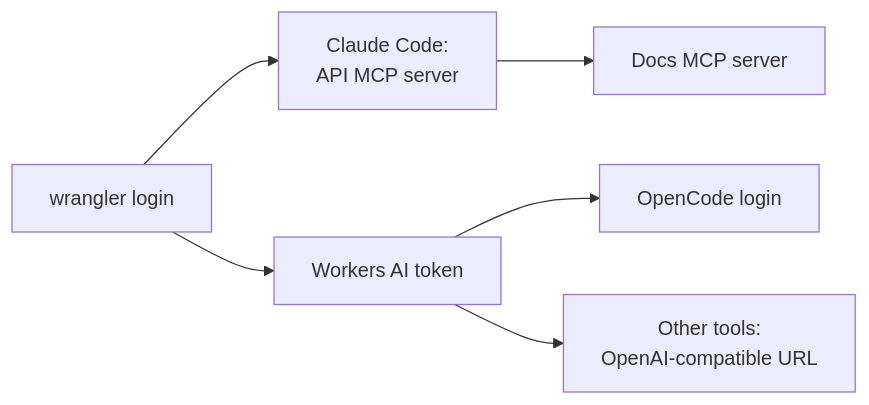
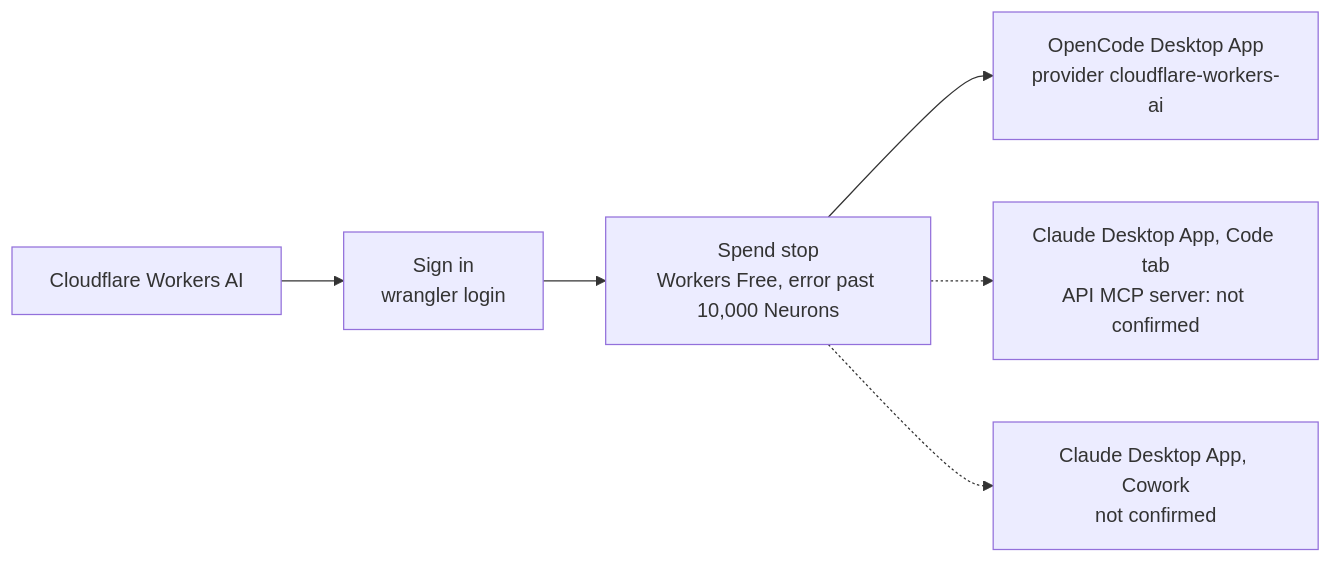
Before and after one commit to SoulCraft-Org/compute-crafter: the diagram in guides/cloudflare-workers-ai.md, drawn with Mermaid. The commit also changed other lines of this file and 13 other files, not shown here.

First line of the commit message:
Guides visual batch 2: Groq, NVIDIA, Together, Cloudflare Workers AI, Modal (#194)

````diff
--- a/guides/cloudflare-workers-ai.md
+++ b/guides/cloudflare-workers-ai.md
@@ -9,6 +5,7 @@
 ```mermaid
 flowchart LR
-  W[wrangler login] --> M[Claude Code:<br/>API MCP server] --> D[Docs MCP server]
-  W --> T[Workers AI token] --> O[OpenCode login]
-  T --> X[Other tools:<br/>OpenAI-compatible URL]
+  P[Cloudflare Workers AI] --> S[Sign in<br/>wrangler login] --> G[Spend stop<br/>Workers Free, error past 10,000 Neurons]
+  G --> O[OpenCode Desktop App<br/>provider cloudflare-workers-ai]
+  G -.-> C[Claude Desktop App, Code tab<br/>API MCP server: not confirmed]
+  G -.-> W[Claude Desktop App, Cowork<br/>not confirmed]
 ```
````
